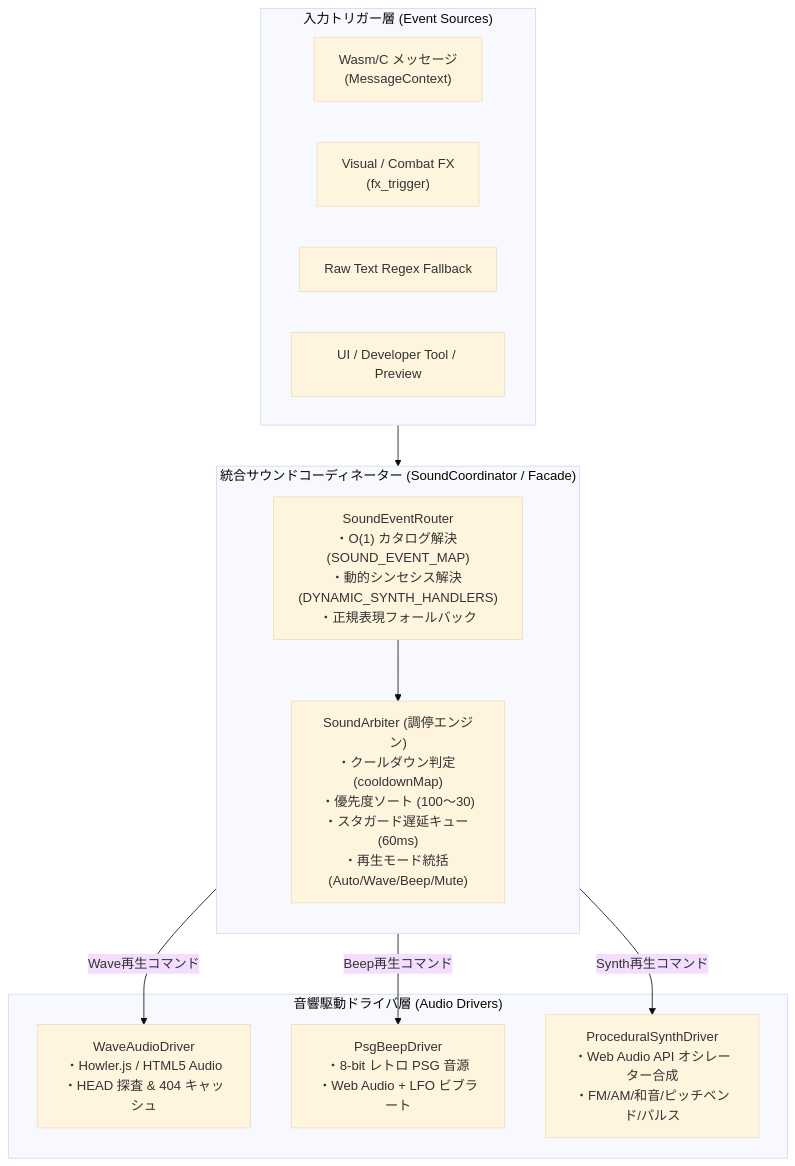
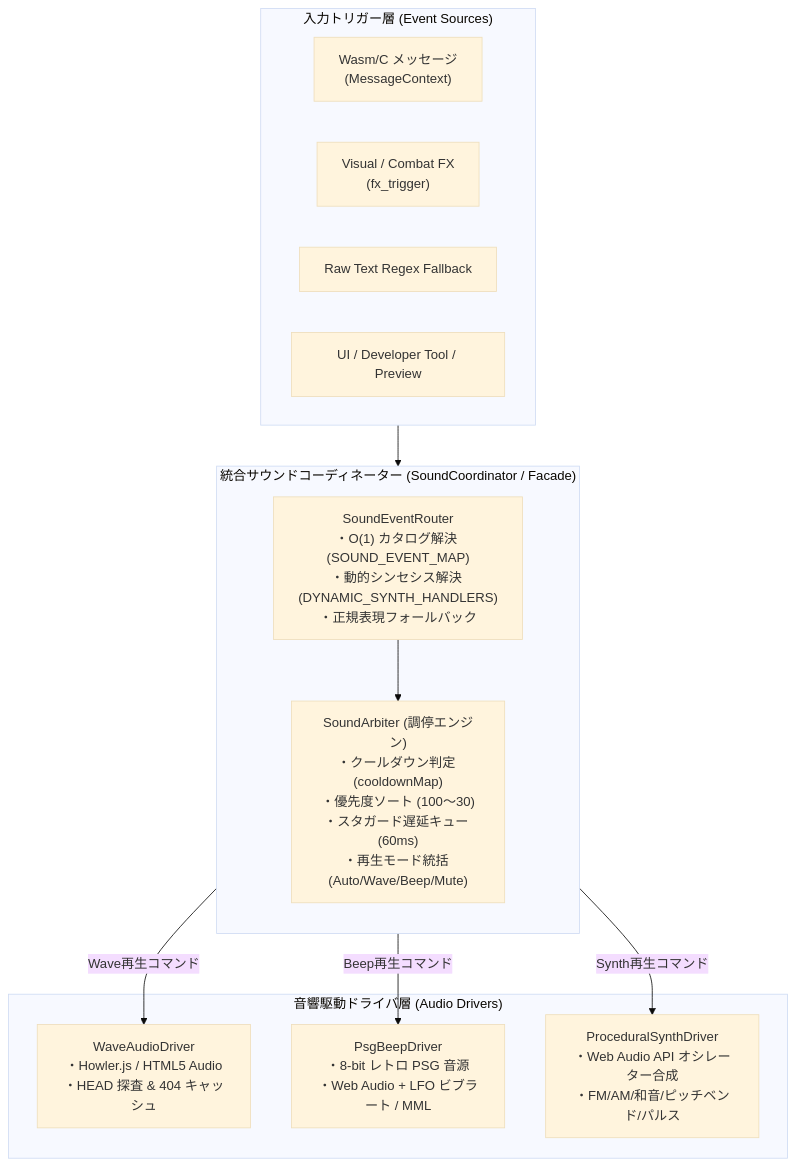
Before and after one commit to e3sh/Nethack-wasm-webUI: the first of 2 diagrams in docs/4_sound/sound_coordinator_and_multidriver_architecture.ja.md, drawn with Mermaid (base theme). The commit also changed other lines of this file and 57 other files, not shown here.

````diff
--- a/docs/4_sound/sound_coordinator_and_multidriver_architecture.ja.md
+++ b/docs/4_sound/sound_coordinator_and_multidriver_architecture.ja.md
@@ -65,27 +65,27 @@
 ```mermaid
 graph TD
     subgraph EventSources["入力トリガー層 (Event Sources)"]
         WasmMsg["Wasm/C メッセージ<br>(MessageContext)"]
         CombatFX["Visual / Combat FX<br>(fx_trigger)"]
         FallbackTxt["Raw Text Regex Fallback"]
         DirectUI["UI / Developer Tool / Preview"]
     end
 
     subgraph SoundCoordinator["統合サウンドコーディネーター (SoundCoordinator / Facade)"]
         direction TB
         EventRouter["SoundEventRouter<br>・O(1) カタログ解決 (SOUND_EVENT_MAP)<br>・動的シンセシス解決 (DYNAMIC_SYNTH_HANDLERS)<br>・正規表現フォールバック"]
         Arbiter["SoundArbiter (調停エンジン)<br>・クールダウン判定 (cooldownMap)<br>・優先度ソート (100〜30)<br>・スタガード遅延キュー (60ms)<br>・再生モード統括 (Auto/Wave/Beep/Mute)"]
         EventRouter --> Arbiter
     end
 
     subgraph AudioDrivers["音響駆動ドライバ層 (Audio Drivers)"]
         WaveDriver["WaveAudioDriver<br>・Howler.js / HTML5 Audio<br>・HEAD 探査 & 404 キャッシュ"]
-        BeepDriver["PsgBeepDriver<br>・8-bit レトロ PSG 音源<br>・Web Audio + LFO ビブラート"]
+        BeepDriver["PsgBeepDriver<br>・8-bit レトロ PSG 音源<br>・Web Audio + LFO ビブラート / MML"]
         SynthDriver["ProceduralSynthDriver<br>・Web Audio API オシレーター合成<br>・FM/AM/和音/ピッチベンド/パルス"]
     end
 
     EventSources --> SoundCoordinator
     Arbiter -->|Wave再生コマンド| WaveDriver
     Arbiter -->|Beep再生コマンド| BeepDriver
     Arbiter -->|Synth再生コマンド| SynthDriver
 ```
````
